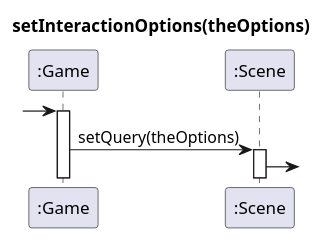
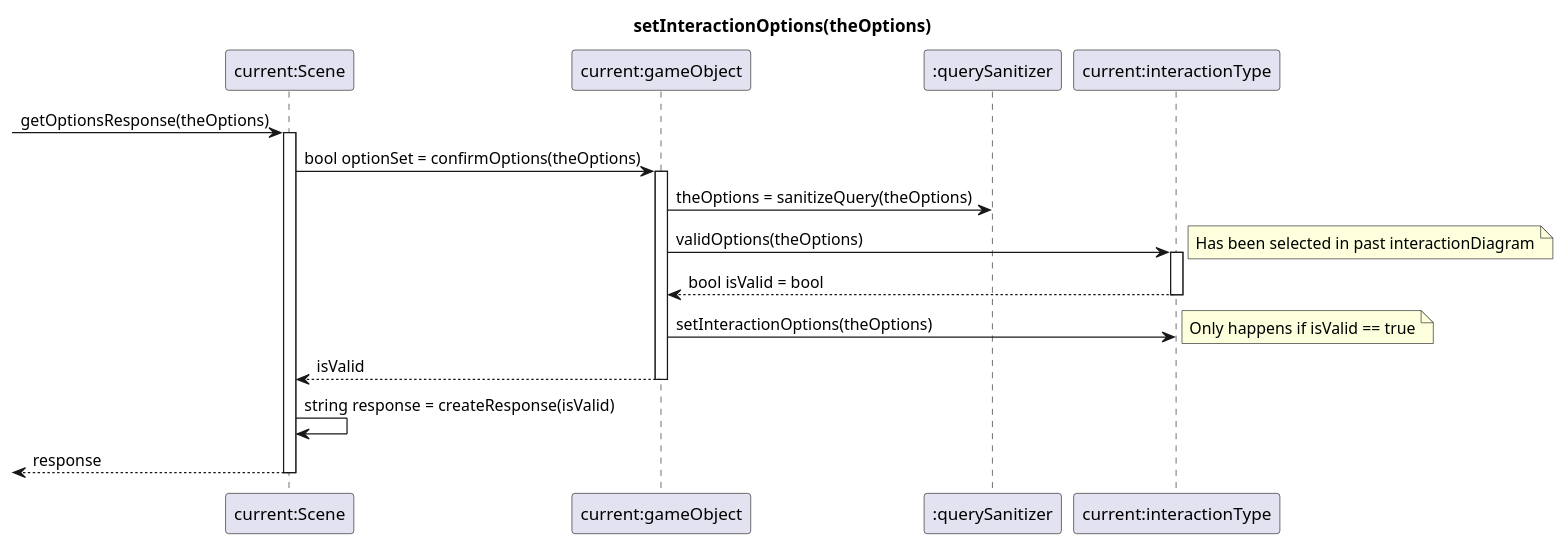
The diagram in setInteraction.pu (NoahHakansson/SE-PA1460), drawn with PlantUML before and after one commit.

```diff
--- a/setInteraction.pu
+++ b/setInteraction.pu
@@ -1,11 +1,26 @@
 @startuml
 
 title setInteractionOptions(theOptions)
-[-> ":Game" ++
-":Game" -> ":Scene" ++: setQuery(theOptions)
-":Scene" -> 
+[-> "current:Scene" ++: getOptionsResponse(theOptions) 
+"current:Scene" -> "current:gameObject" ++: bool optionSet = confirmOptions(theOptions)
+"current:gameObject" -> ":querySanitizer": theOptions = sanitizeQuery(theOptions)
+"current:gameObject" -> "current:interactionType" ++: validOptions(theOptions)
+note right: Has been selected in past interactionDiagram
+return bool isValid = bool
+"current:gameObject" -> "current:interactionType" : setInteractionOptions(theOptions)
+note right: Only happens if isValid == true
+return isValid
+"current:Scene" -> "current:Scene": string response = createResponse(isValid)
+return response
+
+
+
+
+
+
+
 
 
 
 
 @enduml
```
